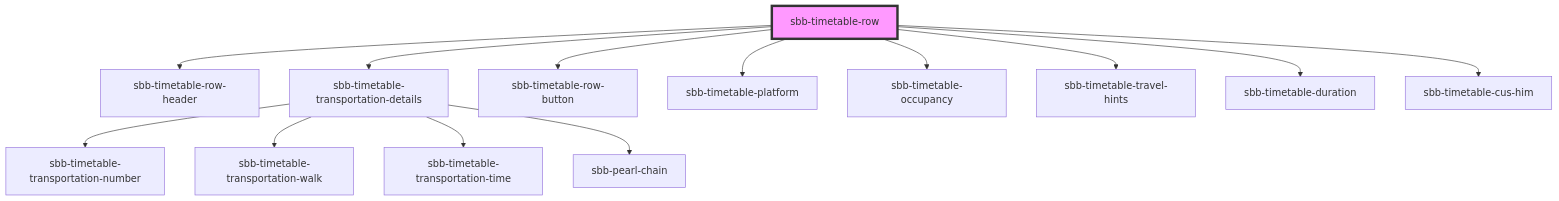
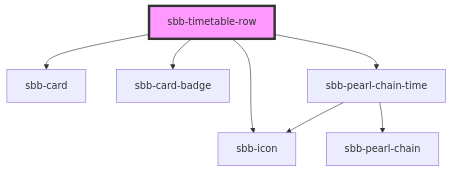
The diagram in src/components/sbb-timetable-row/readme.md (sbb-design-systems/lyne-components), drawn with Mermaid before and after one commit. The commit also changed other lines of this file and 54 other files, not shown here.

Commit message:
refactor(sbb-timetable-row/sbb-pearl-chain): major refactoring (#1331)

````diff
--- a/src/components/sbb-timetable-row/readme.md
+++ b/src/components/sbb-timetable-row/readme.md
@@ -27,16 +59,10 @@
 ```mermaid
 graph TD;
-  sbb-timetable-row --> sbb-timetable-row-header
-  sbb-timetable-row --> sbb-timetable-transportation-details
-  sbb-timetable-row --> sbb-timetable-row-button
-  sbb-timetable-row --> sbb-timetable-platform
-  sbb-timetable-row --> sbb-timetable-occupancy
-  sbb-timetable-row --> sbb-timetable-travel-hints
-  sbb-timetable-row --> sbb-timetable-duration
-  sbb-timetable-row --> sbb-timetable-cus-him
-  sbb-timetable-transportation-details --> sbb-timetable-transportation-number
-  sbb-timetable-transportation-details --> sbb-timetable-transportation-walk
-  sbb-timetable-transportation-details --> sbb-timetable-transportation-time
-  sbb-timetable-transportation-details --> sbb-pearl-chain
+  sbb-timetable-row --> sbb-card
+  sbb-timetable-row --> sbb-card-badge
+  sbb-timetable-row --> sbb-icon
+  sbb-timetable-row --> sbb-pearl-chain-time
+  sbb-pearl-chain-time --> sbb-icon
+  sbb-pearl-chain-time --> sbb-pearl-chain
   style sbb-timetable-row fill:#f9f,stroke:#333,stroke-width:4px
 ```
````
